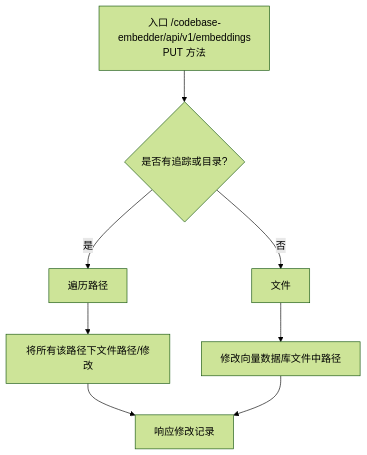
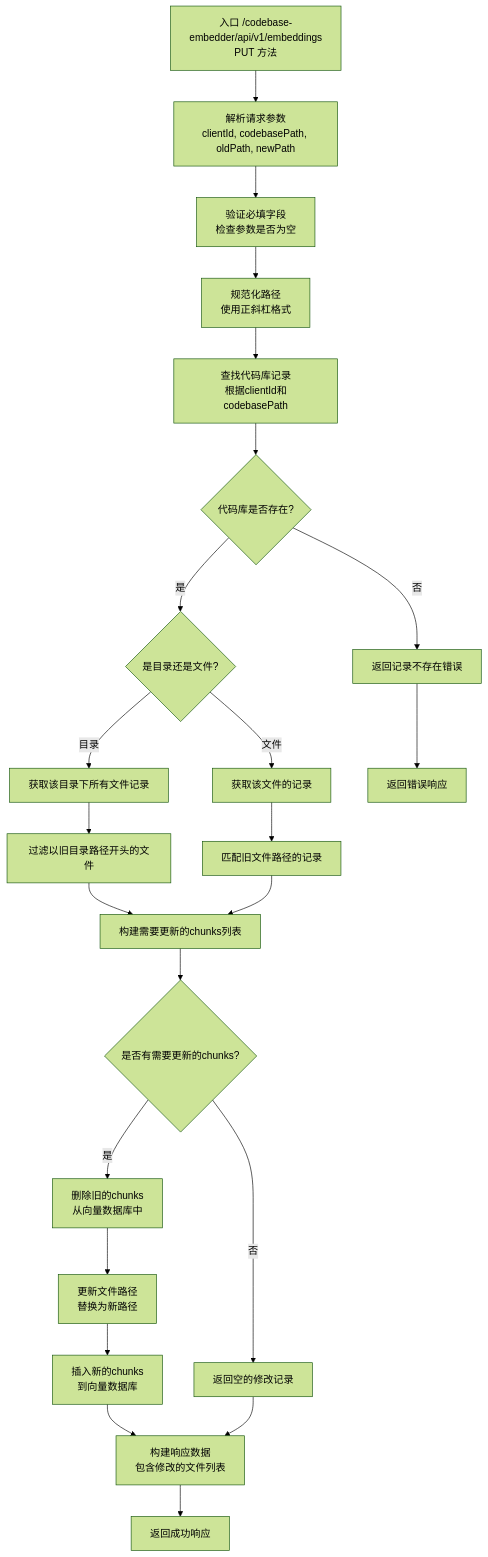
Before and after one commit to zgsm-ai/codebase-embedder: the diagram in docs/charts/put_embedding.md, drawn with Mermaid (forest theme). The commit also changed 2 other files, not shown here.

Commit message:
add document

````diff
--- a/docs/charts/put_embedding.md
+++ b/docs/charts/put_embedding.md
@@ -2,10 +2,25 @@
 ```mermaid
 flowchart TD
-    A[入口 /codebase-embedder/api/v1/embeddings<br>PUT 方法] --> B{是否有追踪或目录?}
-    B -->|是| C[遍历路径]
-    B -->|否| D[文件]
-    C --> E[将所有该路径下文件路径/修改]
-    E --> F[响应修改记录]
-    D --> G[修改向量数据库文件中路径]
-    G --> F
+    A[入口 /codebase-embedder/api/v1/embeddings<br>PUT 方法] --> B[解析请求参数<br>clientId, codebasePath, oldPath, newPath]
+    B --> C[验证必填字段<br>检查参数是否为空]
+    C --> D[规范化路径<br>使用正斜杠格式]
+    D --> E[查找代码库记录<br>根据clientId和codebasePath]
+    E --> F{代码库是否存在?}
+    F -->|否| G[返回记录不存在错误]
+    F -->|是| H{是目录还是文件?}
+    H -->|目录| I[获取该目录下所有文件记录]
+    H -->|文件| J[获取该文件的记录]
+    I --> K[过滤以旧目录路径开头的文件]
+    J --> L[匹配旧文件路径的记录]
+    K --> M[构建需要更新的chunks列表]
+    L --> M
+    M --> N{是否有需要更新的chunks?}
+    N -->|否| O[返回空的修改记录]
+    N -->|是| P[删除旧的chunks<br>从向量数据库中]
+    P --> Q[更新文件路径<br>替换为新路径]
+    Q --> R[插入新的chunks<br>到向量数据库]
+    R --> S[构建响应数据<br>包含修改的文件列表]
+    O --> S
+    G --> T[返回错误响应]
+    S --> U[返回成功响应]
 ```
````
